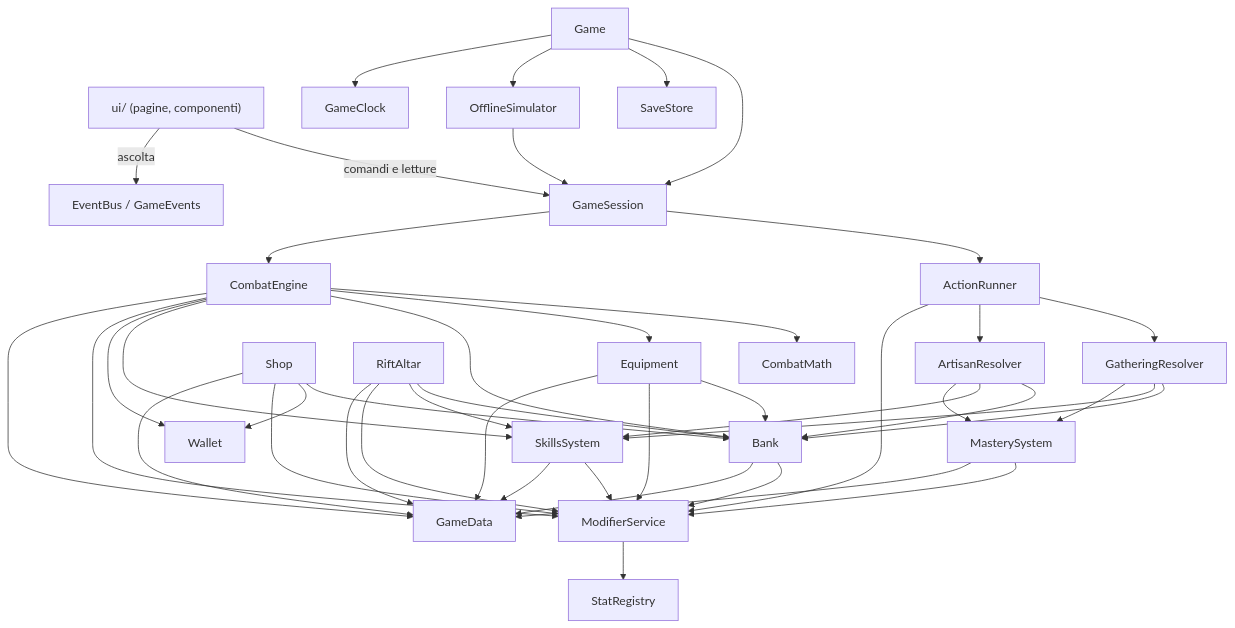
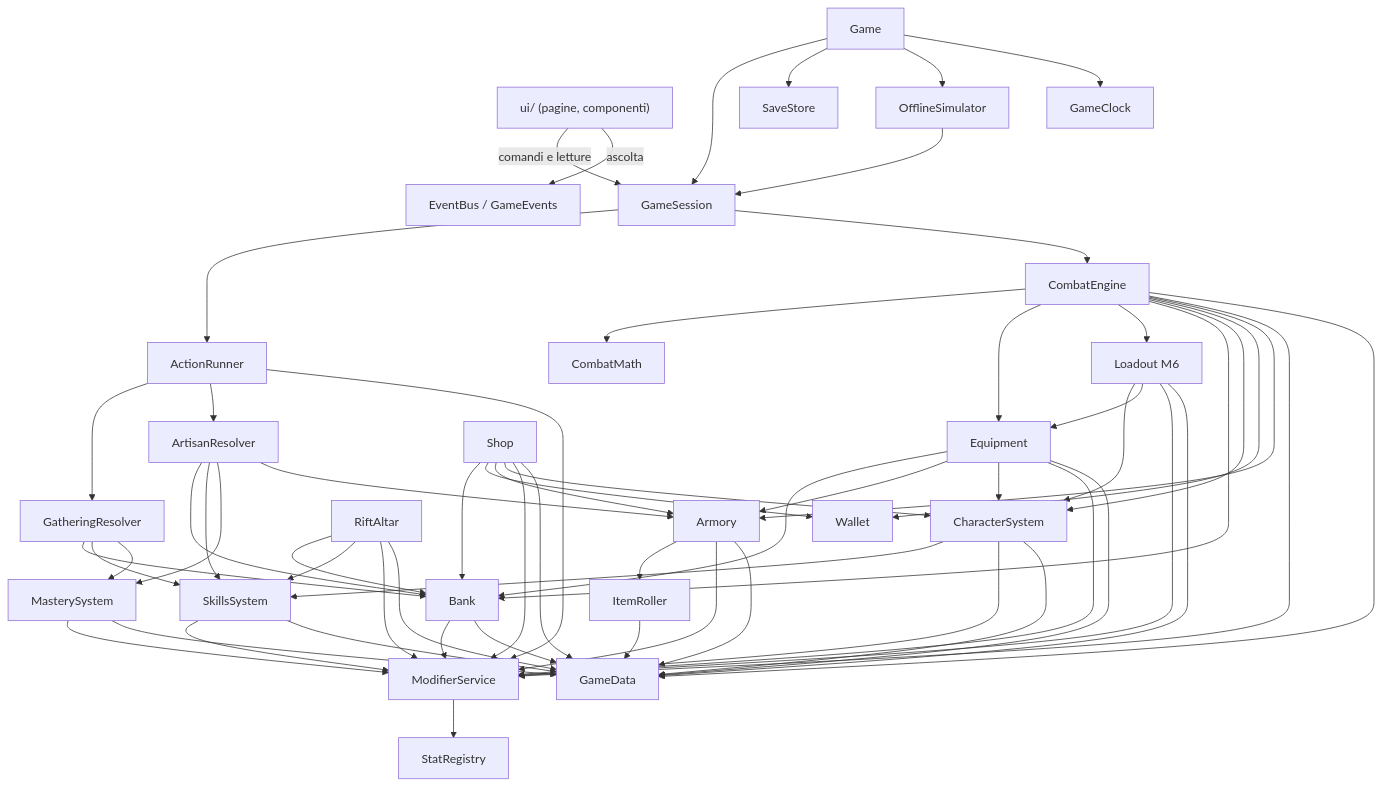
The second of 6 diagrams in docs/03_ARCHITECTURE.md (BriLaLaLa/Rifstone-Saga---Melvor), drawn with Mermaid before and after one commit. The commit also changed other lines of this file and 11 other files, not shown here.

````diff
--- a/docs/03_ARCHITECTURE.md
+++ b/docs/03_ARCHITECTURE.md
@@ -163,28 +171,34 @@
 ```mermaid
 flowchart TD
     UI["ui/ (pagine, componenti)"] -->|comandi e letture| GS[GameSession]
     UI -->|ascolta| EB[EventBus / GameEvents]
     G[Game] --> GS
     G --> SS[SaveStore]
     G --> OS[OfflineSimulator]
     G --> GC[GameClock]
     OS --> GS
     GS --> AR[ActionRunner]
     GS --> CE[CombatEngine]
     AR --> GR[GatheringResolver]
     AR --> ArR[ArtisanResolver]
     GR & ArR --> BK[Bank]
     GR & ArR --> SK[SkillsSystem]
     GR & ArR --> MS[MasterySystem]
+    ArR --> AM[Armory]
     CE --> CM[CombatMath]
     CE --> EQ[Equipment]
+    CE --> LO[Loadout M6]
     CE --> BK
-    CE --> SK
+    CE --> CH[CharacterSystem]
     CE --> WL[Wallet]
-    SH[Shop] --> BK & WL
+    CE --> AM
+    SH[Shop] --> BK & WL & AM & CH
     RA[RiftAltar] --> BK & SK
-    EQ --> BK
-    BK & SK & MS & EQ & SH & RA & AR & CE --> MOD[ModifierService]
+    EQ --> BK & AM & CH
+    LO --> CH & EQ
+    CH --> SK
+    AM --> IR[ItemRoller]
+    BK & SK & MS & EQ & SH & RA & AR & CE & CH & AM & LO --> MOD[ModifierService]
     MOD --> SR[StatRegistry]
-    BK & SK & MS & EQ & SH & RA & CE --> GD[GameData]
+    BK & SK & MS & EQ & SH & RA & CE & CH & AM & LO & IR --> GD[GameData]
 ```
````
